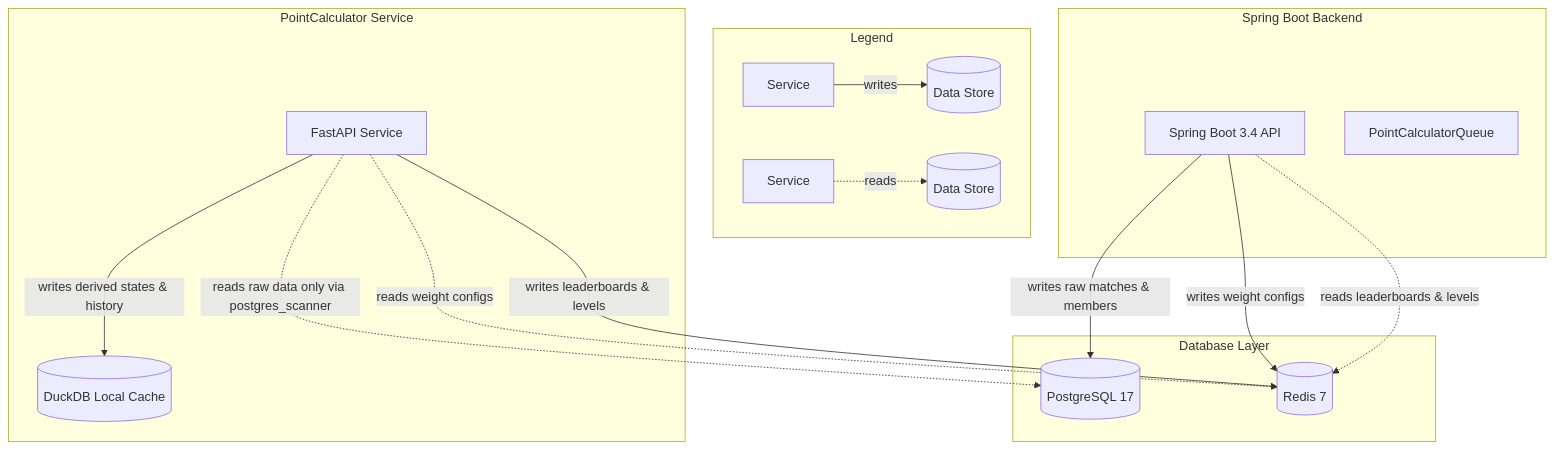
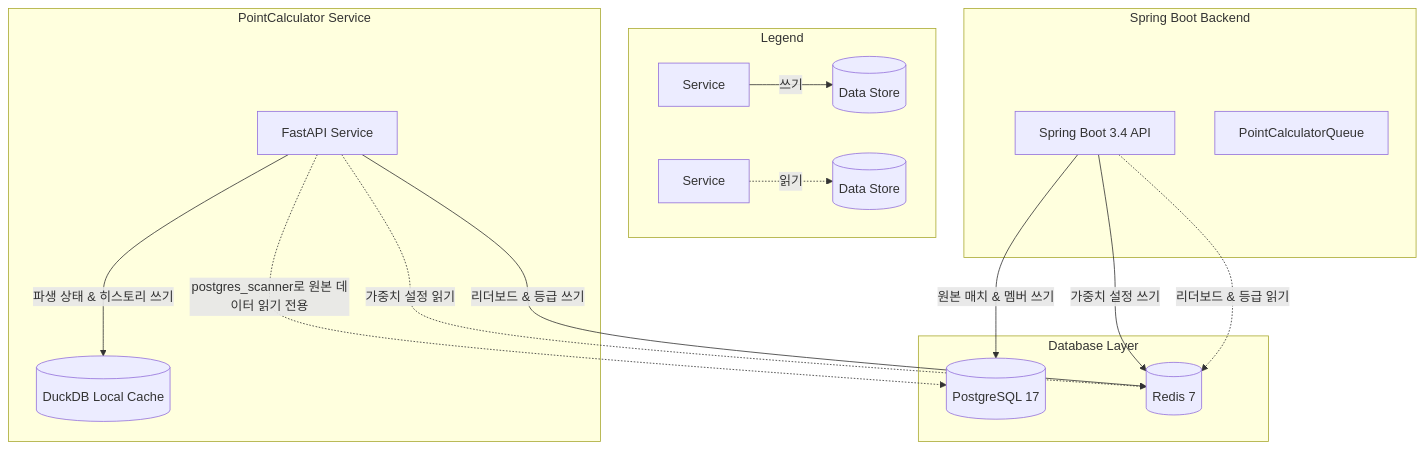
One commit to kyusuncho/kyusuncho.github.io changed the first of 2 diagrams in blog/projects/rv-badminton-app/pointcalculator.md. Above: the diagram before and after it, drawn with Mermaid. The commit also changed other lines of this file and 14 other files, not shown here.

````diff
--- a/blog/projects/rv-badminton-app/pointcalculator.md
+++ b/blog/projects/rv-badminton-app/pointcalculator.md
@@ -42,34 +48,34 @@
 ```mermaid
 graph TD
     subgraph Legend
-        LW[Service] -- "writes" --> LDS[(Data Store)]
-        LR[Service] -. "reads" .-> LDR[(Data Store)]
+        LW[Service] -- "쓰기" --> LDS[(Data Store)]
+        LR[Service] -. "읽기" .-> LDR[(Data Store)]
     end
 
     subgraph Spring Boot Backend
         SB[Spring Boot 3.4 API]
         PQ[PointCalculatorQueue]
     end
 
     subgraph Database Layer
         PG[(PostgreSQL 17)]
         RD[(Redis 7)]
     end
 
     subgraph PointCalculator Service
         PC[FastAPI Service]
         DDB[(DuckDB Local Cache)]
     end
 
     %% Writes & Reads
-    SB -- "writes raw matches & members" --> PG
-    PC -. "reads raw data only via postgres_scanner" .-> PG
+    SB -- "원본 매치 & 멤버 쓰기" --> PG
+    PC -. "postgres_scanner로 원본 데이터 읽기 전용" .-> PG
     
-    SB -- "writes weight configs" --> RD
-    PC -. "reads weight configs" .-> RD
+    SB -- "가중치 설정 쓰기" --> RD
+    PC -. "가중치 설정 읽기" .-> RD
     
-    PC -- "writes leaderboards & levels" --> RD
-    SB -. "reads leaderboards & levels" .-> RD
+    PC -- "리더보드 & 등급 쓰기" --> RD
+    SB -. "리더보드 & 등급 읽기" .-> RD
     
-    PC -- "writes derived states & history" --> DDB
+    PC -- "파생 상태 & 히스토리 쓰기" --> DDB
 ```
````
